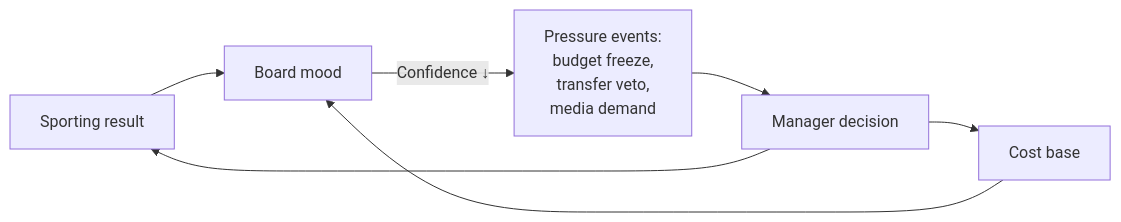
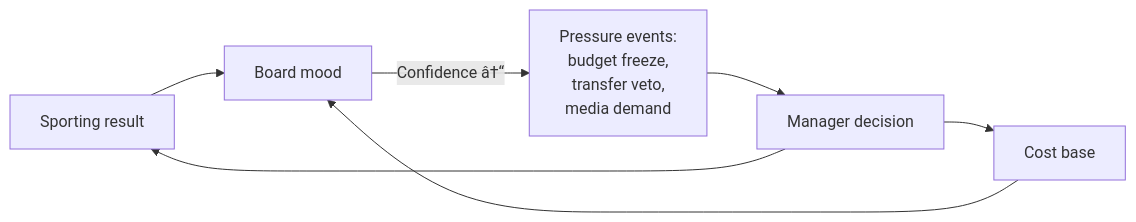
The diagram in docs/50-Game-Design/club-dna-and-governance.md (EtroxTaran/klubhaus-elf), drawn with Mermaid before and after one commit. The commit also changed other lines of this file and 74 other files, not shown here.

````diff
--- a/docs/50-Game-Design/club-dna-and-governance.md
+++ b/docs/50-Game-Design/club-dna-and-governance.md
@@ -58,9 +58,9 @@
 ```mermaid
 flowchart LR
     Sport["Sporting result"] --> Mood
     Cost["Cost base"] --> Mood["Board mood"]
-    Mood -->|"Confidence ↓"| Pressure["Pressure events:<br/>budget freeze,<br/>transfer veto,<br/>media demand"]
+    Mood -->|"Confidence â†“"| Pressure["Pressure events:<br/>budget freeze,<br/>transfer veto,<br/>media demand"]
     Pressure --> Manager["Manager decision"]
     Manager --> Sport
     Manager --> Cost
 ```
````
